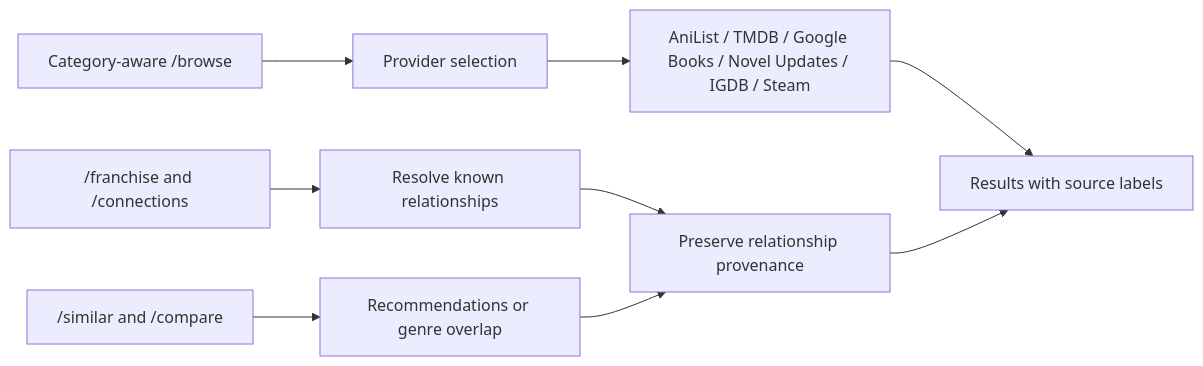
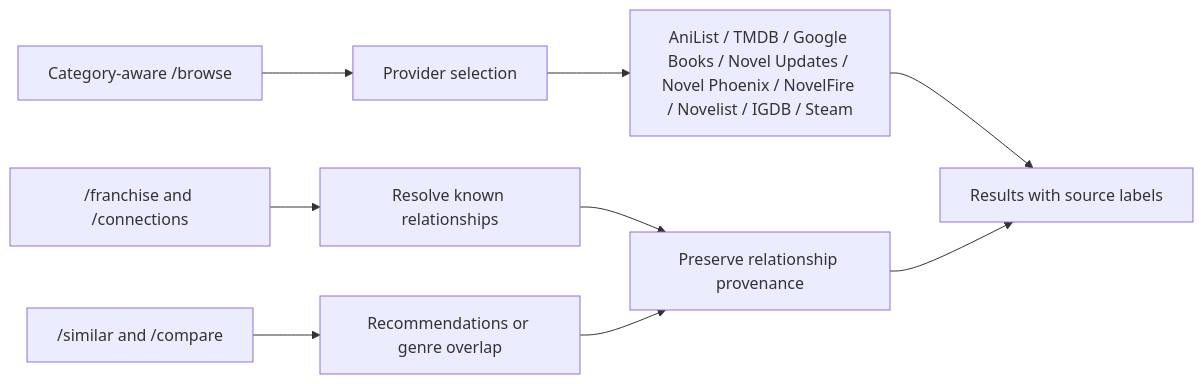
One commit to Kyerstorm/Lemegeton changed the third of 9 diagrams in README.md. Above: the diagram before and after it, drawn with Mermaid. The commit also changed other lines of this file and 11 other files, not shown here.

````diff
--- a/README.md
+++ b/README.md
@@ -146,11 +146,11 @@
 ```mermaid
 flowchart LR
     Search["Category-aware /browse"] --> Router["Provider selection"]
     Franchise["/franchise and /connections"] --> Relations["Resolve known relationships"]
     Similar["/similar and /compare"] --> Signals["Recommendations or genre overlap"]
-    Router --> Providers["AniList / TMDB / Google Books / Novel Updates / IGDB / Steam"]
+    Router --> Providers["AniList / TMDB / Google Books / Novel Updates / Novel Phoenix / NovelFire / Novelist / IGDB / Steam"]
     Relations --> Evidence["Preserve relationship provenance"]
     Signals --> Evidence
     Providers --> Results["Results with source labels"]
     Evidence --> Results
 ```
````
